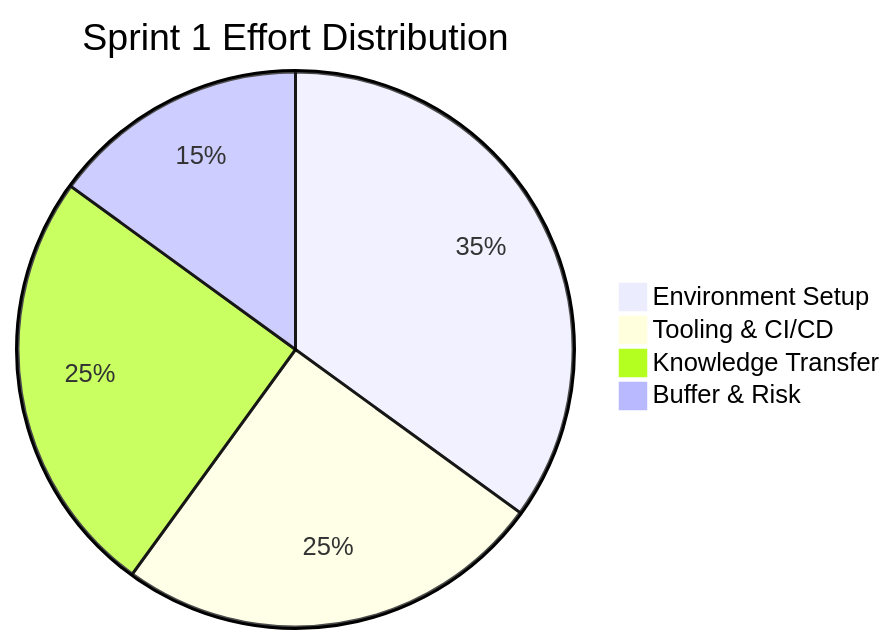
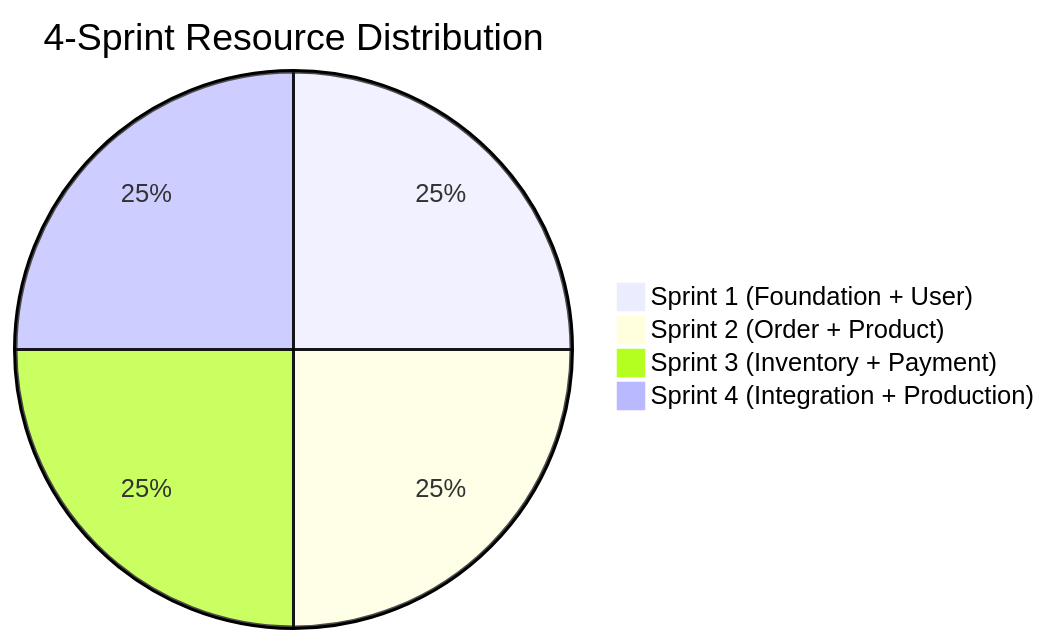
The eighth of 16 diagrams in MICROSERVICE_CONSOLIDATION_PM_TEMPLATE.md (souvikmukherjee/microservice-consolidation), drawn with Mermaid before and after one commit. The commit also changed other lines of this file, not shown here.

First line of the commit message:
refactor: Update PM template to realistic 4-sprint plan for 5 services

````diff
--- a/MICROSERVICE_CONSOLIDATION_PM_TEMPLATE.md
+++ b/MICROSERVICE_CONSOLIDATION_PM_TEMPLATE.md
@@ -462,7 +614,7 @@
 ```mermaid
-pie title Sprint 1 Effort Distribution
-    "Environment Setup" : 35
-    "Tooling & CI/CD" : 25
-    "Knowledge Transfer" : 25
-    "Buffer & Risk" : 15
+pie title 4-Sprint Resource Distribution
+    "Sprint 1 (Foundation + User)" : 25
+    "Sprint 2 (Order + Product)" : 25
+    "Sprint 3 (Inventory + Payment)" : 25
+    "Sprint 4 (Integration + Production)" : 25
 ```
````
